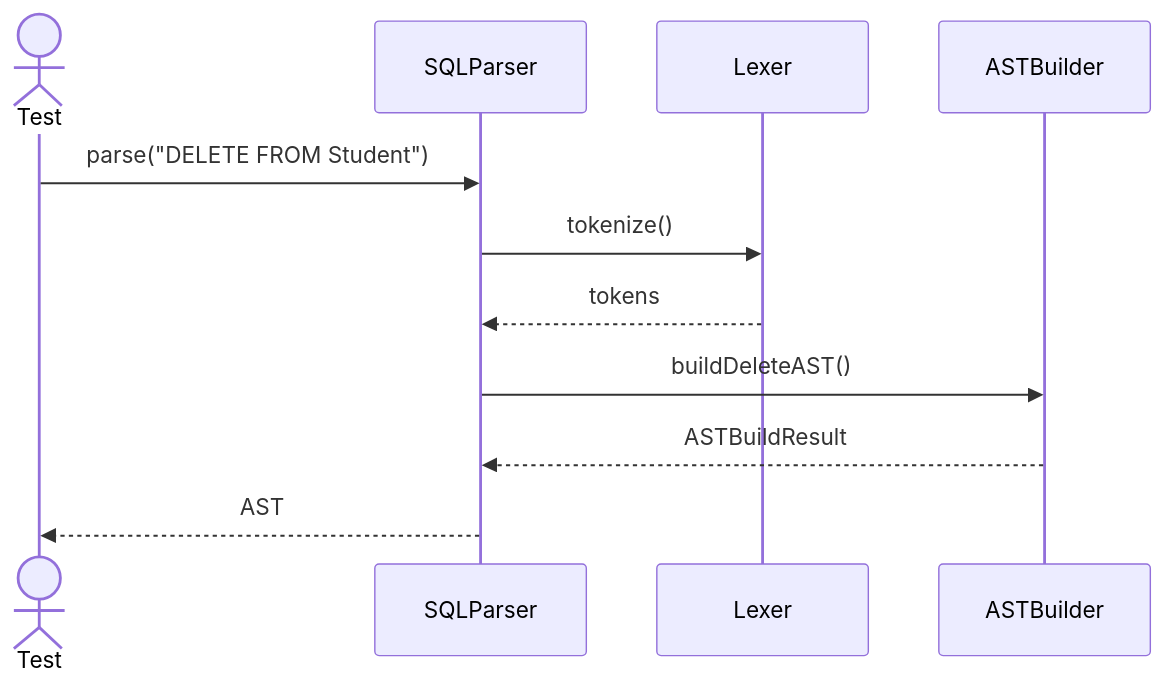
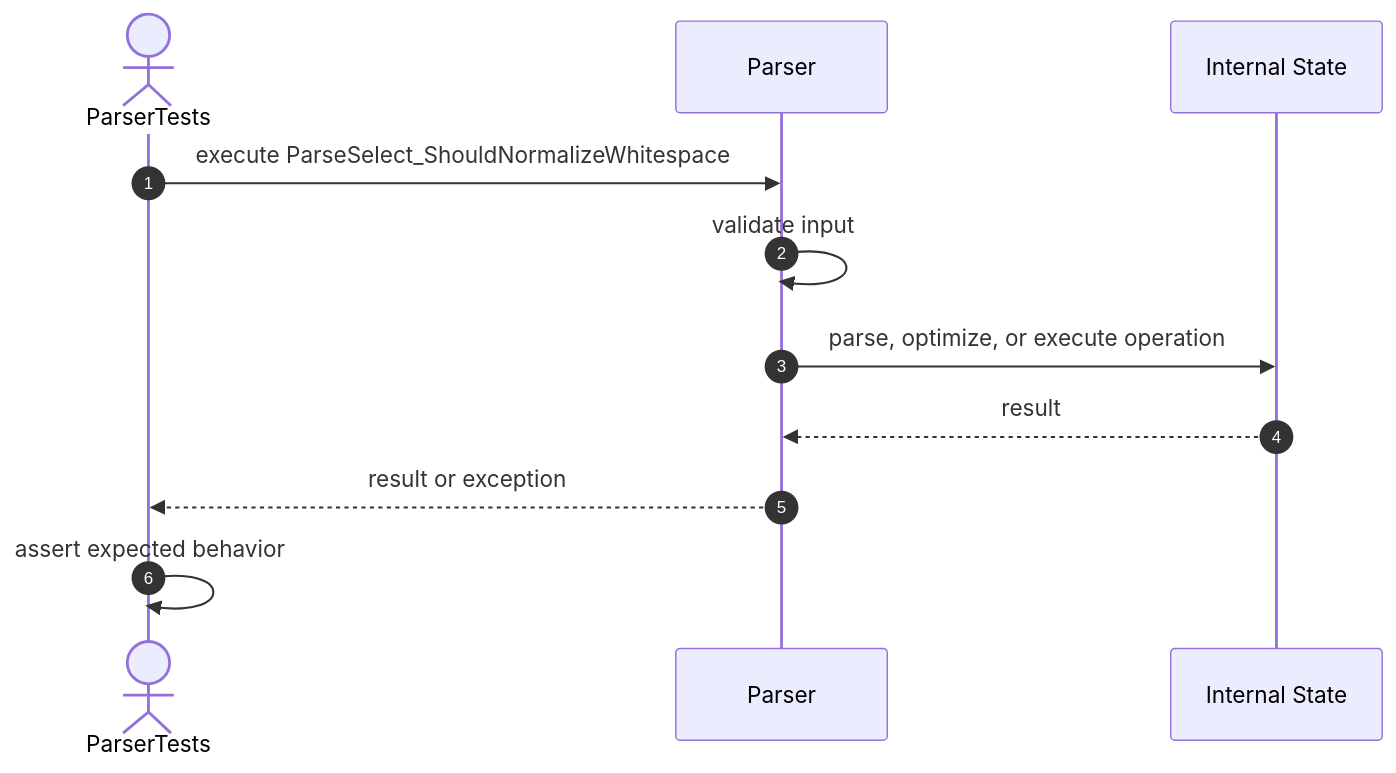
One commit to FhuAnn/-bbv-AN-s-DBMS changed the seventh of 22 diagrams in src/tests/unit/query/sequences/sql-parser-testing.se.md. Above: the diagram before and after it, drawn with Mermaid. The commit also changed other lines of this file and 36 other files, not shown here.

````diff
--- a/src/tests/unit/query/sequences/sql-parser-testing.se.md
+++ b/src/tests/unit/query/sequences/sql-parser-testing.se.md
@@ -99,14 +107,14 @@
 ```mermaid
 sequenceDiagram
-actor Test
-participant SQLParser
-participant Lexer
-participant ASTBuilder
+    autonumber
+    actor Test as ParserTests
+    participant Target as Parser
+    participant Internal as Internal State
 
-Test->>SQLParser: parse("DELETE FROM Student")
-SQLParser->>Lexer: tokenize()
-Lexer-->>SQLParser: tokens
-SQLParser->>ASTBuilder: buildDeleteAST()
-ASTBuilder-->>SQLParser: ASTBuildResult
-SQLParser-->>Test: AST
+    Test->>Target: execute ParseSelect_ShouldNormalizeWhitespace
+    Target->>Target: validate input
+    Target->>Internal: parse, optimize, or execute operation
+    Internal-->>Target: result
+    Target-->>Test: result or exception
+    Test->>Test: assert expected behavior
 ```
````
